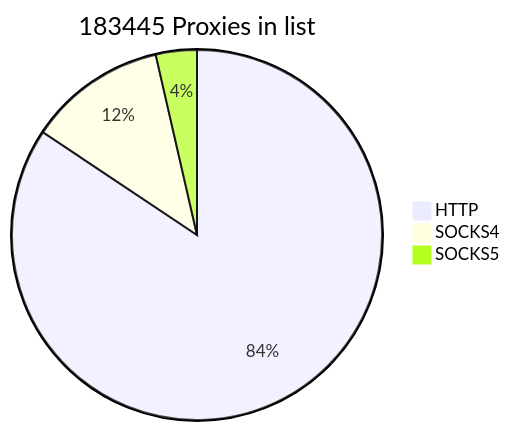
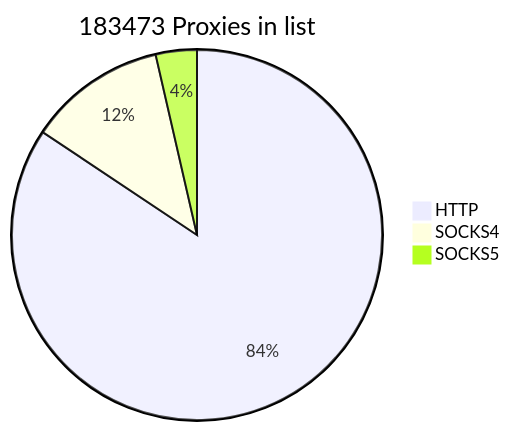
Before and after one commit to cutipu/proxylist: the first of 2 diagrams in README.md, drawn with Mermaid. The commit also changed other lines of this file, not shown here.

````diff
--- a/README.md
+++ b/README.md
@@ -2,7 +2,7 @@
 ```mermaid
-pie title 183445 Proxies in list
-    "HTTP" : 154758
+pie title 183473 Proxies in list
+    "HTTP" : 154777
     "SOCKS4" : 22111
-    "SOCKS5" : 6576
+    "SOCKS5" : 6585
             
 ```
````
